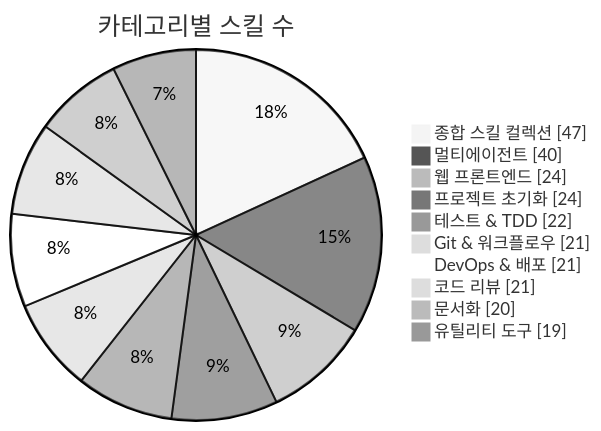
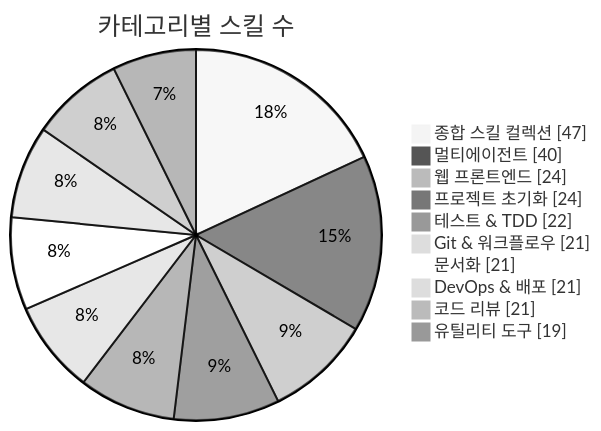
The first of 3 diagrams in README.md (J-nowcow/awesome-korean-agent-skills), drawn with Mermaid (neutral theme) before and after one commit. The commit also changed other lines of this file and 4 other files, not shown here.

````diff
--- a/README.md
+++ b/README.md
@@ -176,14 +176,14 @@
 ```mermaid
 pie showData
     title 카테고리별 스킬 수
     "종합 스킬 컬렉션" : 47
     "멀티에이전트" : 40
     "웹 프론트엔드" : 24
     "프로젝트 초기화" : 24
     "테스트 & TDD" : 22
     "Git & 워크플로우" : 21
+    "문서화" : 21
     "DevOps & 배포" : 21
     "코드 리뷰" : 21
-    "문서화" : 20
     "유틸리티 도구" : 19
 ```
````
